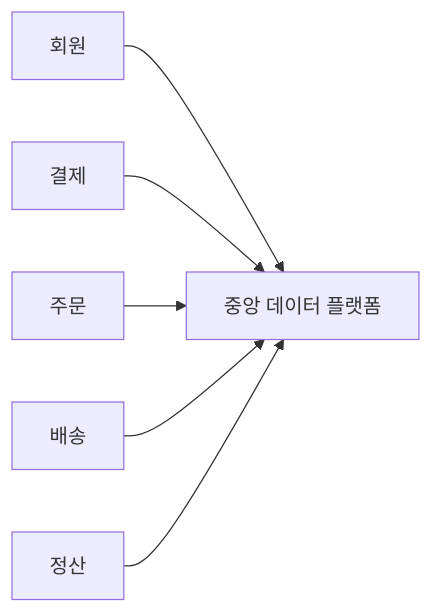
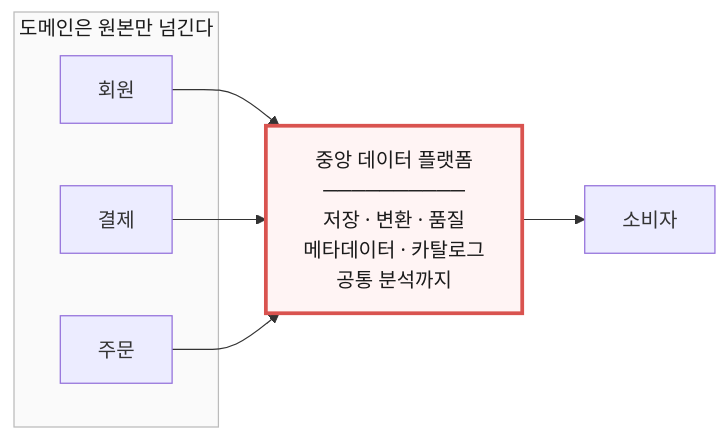
One commit to i31pc17/bitbook changed the ninth of 12 diagrams in 모던 데이터 아키텍처/21장. 도메인 토폴로지.md. Above: the diagram before and after it, drawn with Mermaid. The commit also changed other lines of this file and 1 other file, not shown here.

````diff
--- a/모던 데이터 아키텍처/21장. 도메인 토폴로지.md
+++ b/모던 데이터 아키텍처/21장. 도메인 토폴로지.md
@@ -960,9 +857,18 @@
 ```mermaid
 flowchart LR
-    hub["중앙 데이터 플랫폼"]
-    s0["회원"] --> hub
-    s1["결제"] --> hub
-    s2["주문"] --> hub
-    s3["배송"] --> hub
-    s4["정산"] --> hub
+    subgraph SRC["도메인은 원본만 넘긴다"]
+        M["회원"]
+        P["결제"]
+        O["주문"]
+    end
+
+    HUB["중앙 데이터 플랫폼<br/>──────────<br/>저장 · 변환 · 품질<br/>메타데이터 · 카탈로그<br/>공통 분석까지"]
+
+    M --> HUB
+    P --> HUB
+    O --> HUB
+    HUB --> C["소비자"]
+
+    style SRC fill:#fafafa,stroke:#bbb,color:#1a1a1a
+    style HUB fill:#fff4f4,stroke:#d9534f,stroke-width:3px,color:#1a1a1a
 ```
````
